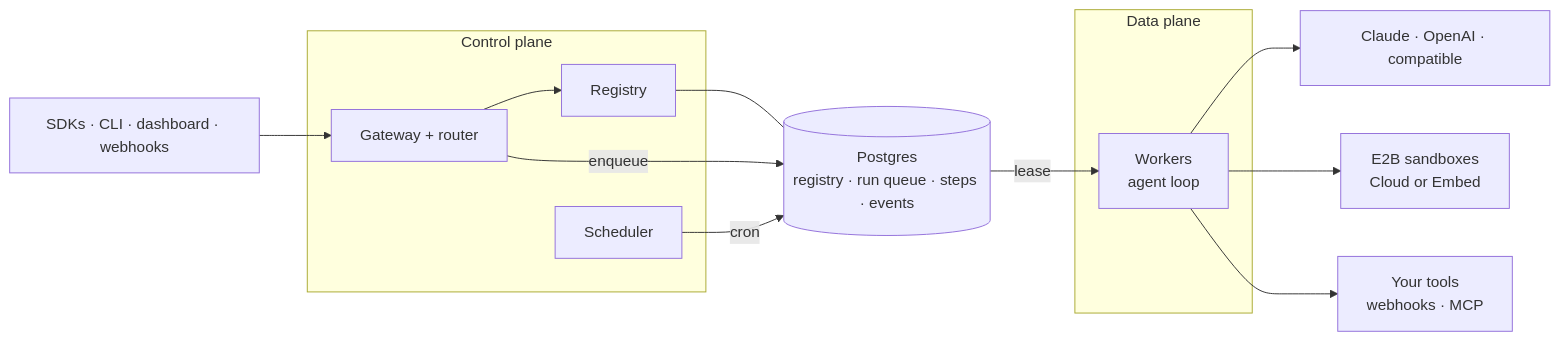
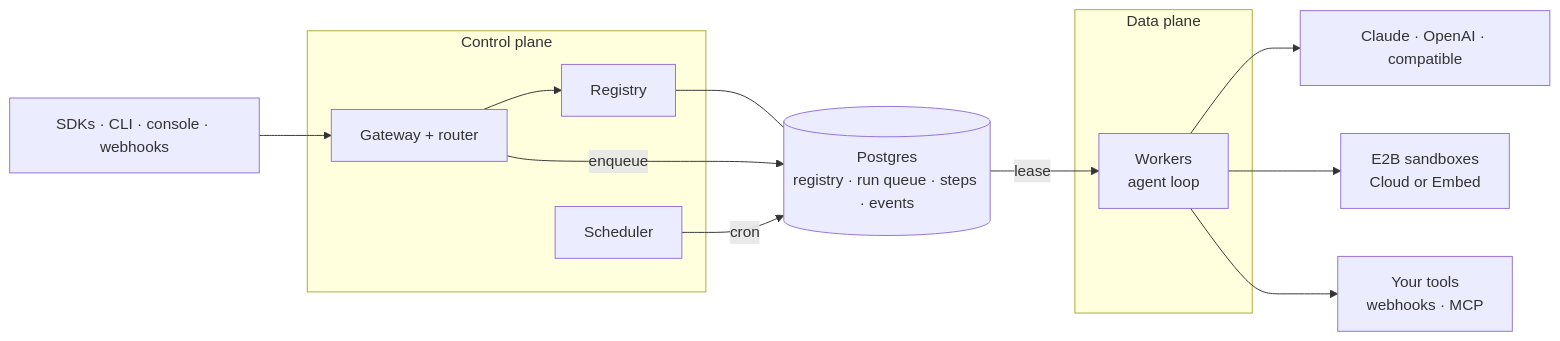
Before and after one commit to khushwant04/managed-agents: the diagram in README.md, drawn with Mermaid. The commit also changed other lines of this file, not shown here.

First line of the commit message:
Redesign the root README without dashboard screenshots

````diff
--- a/README.md
+++ b/README.md
@@ -35,19 +58,19 @@
 ```mermaid
 flowchart LR
-    client["SDKs · CLI · dashboard · webhooks"] --> gateway
+    client["SDKs · CLI · console · webhooks"] --> gateway
     subgraph control["Control plane"]
         gateway["Gateway + router"] --> registry["Registry"]
         scheduler["Scheduler"]
     end
     pg[("Postgres<br/>registry · run queue · steps · events")]
     registry --- pg
     gateway -- enqueue --> pg
     scheduler -- cron --> pg
     subgraph data["Data plane"]
         worker["Workers<br/>agent loop"]
     end
     pg -- lease --> worker
     worker --> models["Claude · OpenAI · compatible"]
     worker --> e2b["E2B sandboxes<br/>Cloud or Embed"]
     worker --> tools["Your tools<br/>webhooks · MCP"]
 ```
````
